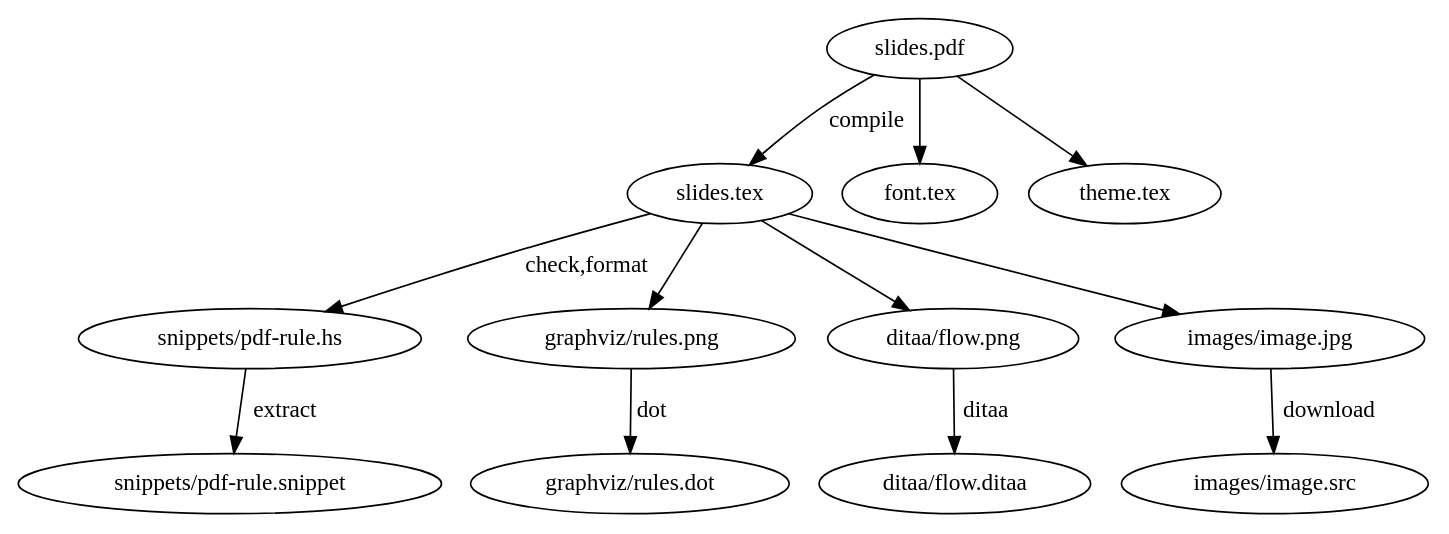
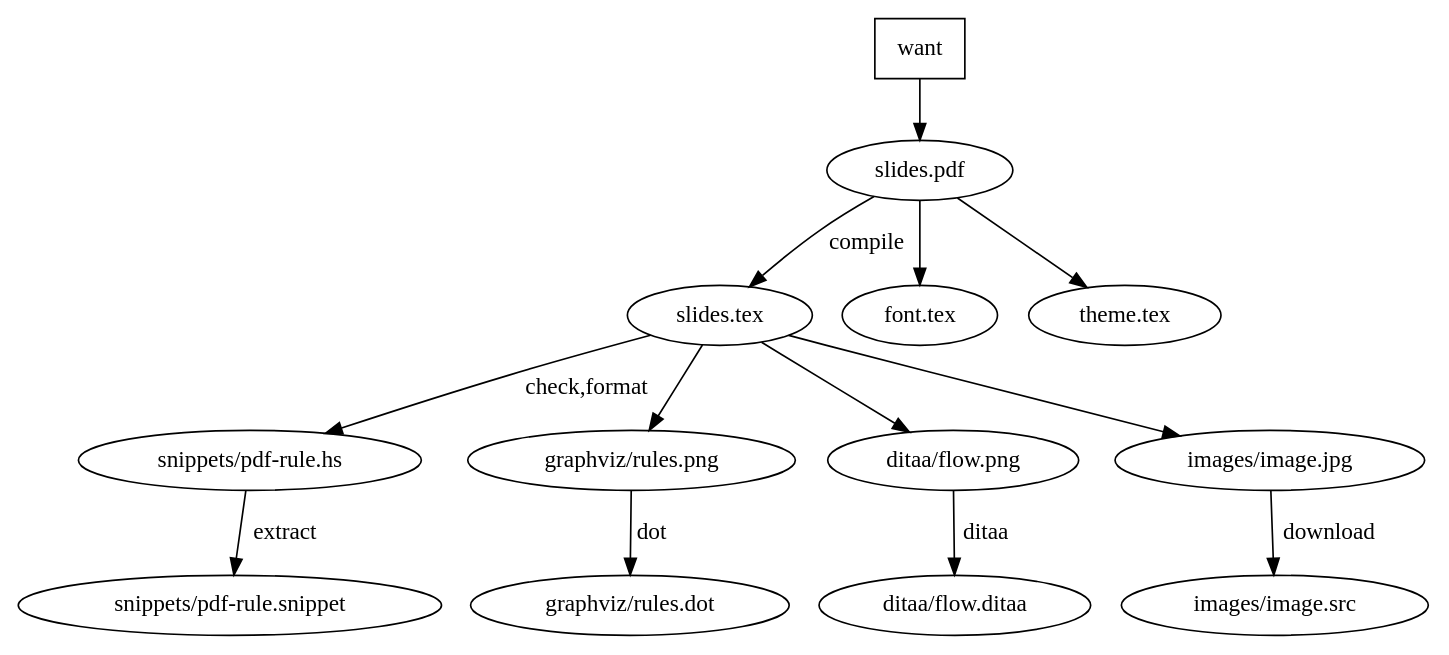
The diagram in graphviz/rules-big.dot (markus1189/how-this-presentation), drawn with Graphviz before and after one commit. The commit also changed 1 other file, not shown here.

Commit message:
Improve graphviz slides and reorder

```diff
--- a/graphviz/rules-big.dot
+++ b/graphviz/rules-big.dot
@@ -1,17 +1,20 @@
 digraph G {
+    "want" [shape=box];
+
+    "want" -> "slides.pdf";
     "slides.pdf" -> "slides.tex" [ label = "compile" ];
     "slides.pdf" -> "font.tex";
     "slides.pdf" -> "theme.tex";
 
     "slides.tex" -> "snippets/pdf-rule.hs" [ label = "check,format" ];
     "snippets/pdf-rule.hs" -> "snippets/pdf-rule.snippet" [ label = "extract" ];
 
     "slides.tex" -> "graphviz/rules.png";
     "graphviz/rules.png" -> "graphviz/rules.dot" [label = "dot" ];
 
     "slides.tex" -> "ditaa/flow.png";
     "ditaa/flow.png" -> "ditaa/flow.ditaa" [label = "ditaa"];
 
     "slides.tex" -> "images/image.jpg";
     "images/image.jpg" -> "images/image.src" [label = "download"];
 }
```
